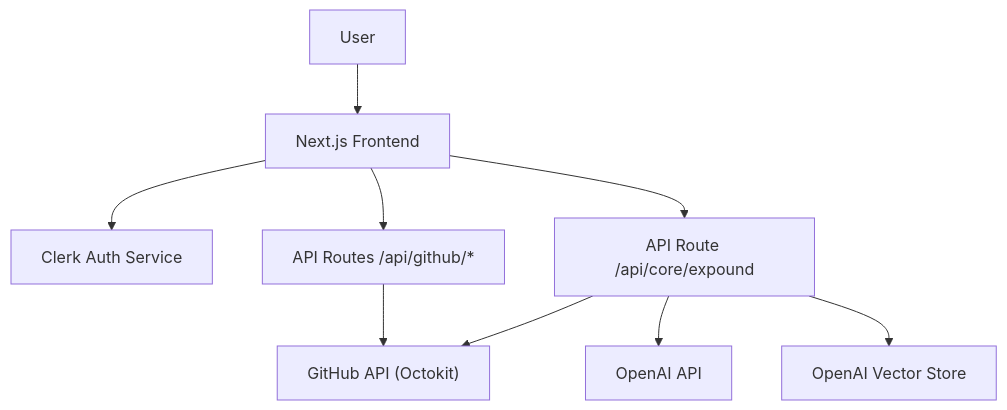
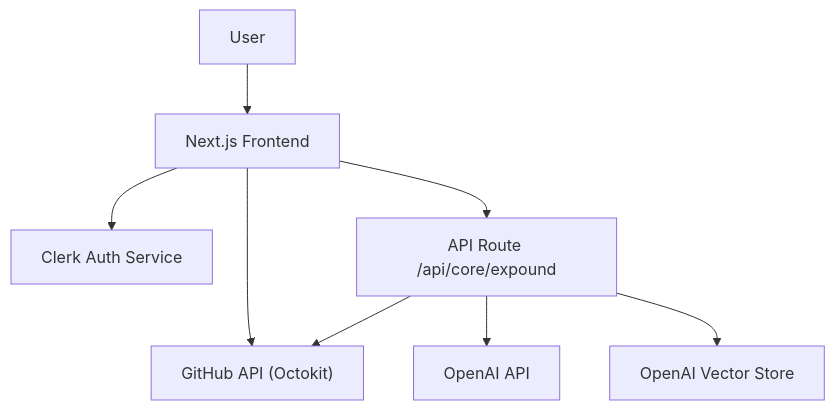
The diagram in README.md (dantewins/expounder), drawn with Mermaid before and after one commit. The commit also changed other lines of this file and 1 other file, not shown here.

````diff
--- a/README.md
+++ b/README.md
@@ -15,20 +13,10 @@
 ```mermaid
 flowchart TD
-  User["User"]
-  FE["Next.js Frontend"]
-  Auth["Clerk Auth Service"]
-  APIGH["API Routes /api/github/*"]
-  APIEXP["API Route /api/core/expound"]
-  GitHub["GitHub API (Octokit)"]
-  OpenAI["OpenAI API"]
-  Vector["OpenAI Vector Store"]
-
-  User --> FE
-  FE --> Auth
-  FE --> APIGH
-  FE --> APIEXP
-  APIGH --> GitHub
-  APIEXP --> GitHub
-  APIEXP --> OpenAI
-  APIEXP --> Vector
+  User["User"] --> Frontend["Next.js Frontend"]
+  Frontend --> Auth["Clerk Auth Service"]
+  Frontend --> GitHubAPI["GitHub API (Octokit)"]
+  Frontend --> CoreAPI["API Route /api/core/expound"]
+  CoreAPI --> GitHubAPI
+  CoreAPI --> OpenAIAPI["OpenAI API"]
+  CoreAPI --> VectorStore["OpenAI Vector Store"]
 ```
````
